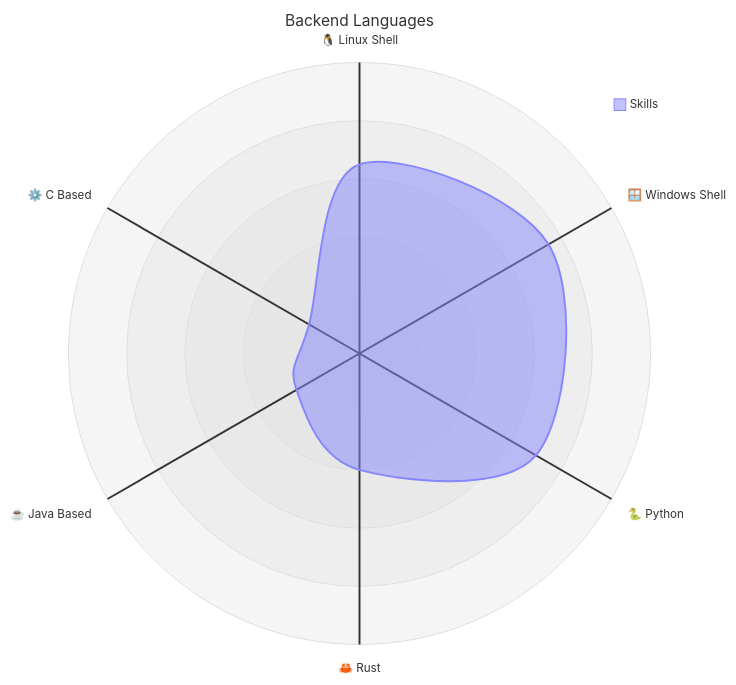
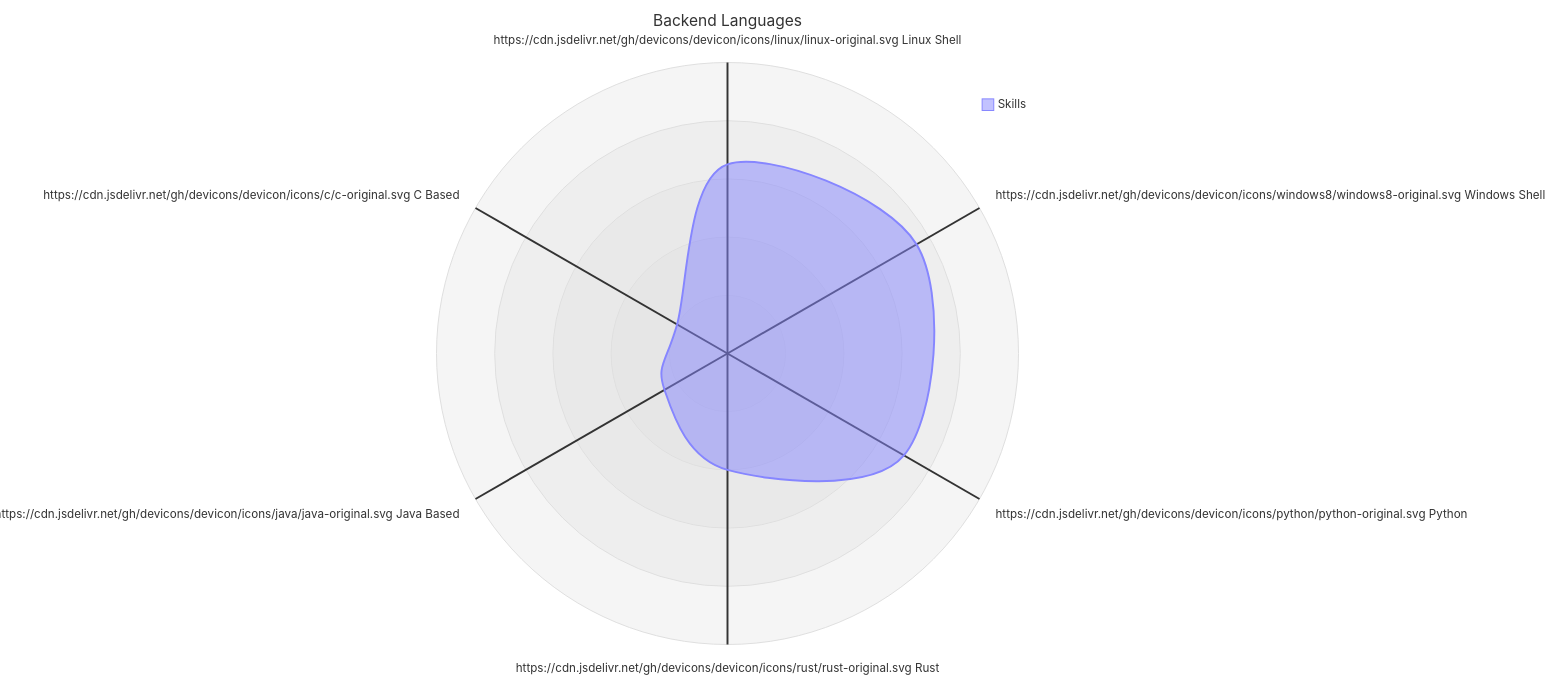
Before and after one commit to kubow/kubow: the second of 5 diagrams in README.md, drawn with Mermaid. The commit also changed other lines of this file, not shown here.

````diff
--- a/README.md
+++ b/README.md
@@ -74,10 +127,10 @@
 ```mermaid
 radar-beta
   title Backend Languages
-  axis LinuxShell["🐧 Linux Shell"], WindowsShell["🪟 Windows Shell"], Python["🐍 Python"], Rust["🦀 Rust"], JavaBased["☕ Java Based"], CBased["⚙️ C Based"]
-  curve Skills{65, 75, 70, 40, 25, 20}
+  axis LinuxShell["https://cdn.jsdelivr.net/gh/devicons/devicon/icons/linux/linux-original.svg Linux Shell"], WindowsShell["https://cdn.jsdelivr.net/gh/devicons/devicon/icons/windows8/windows8-original.svg Windows Shell"], Python["https://cdn.jsdelivr.net/gh/devicons/devicon/icons/python/python-original.svg Python"], Rust["https://cdn.jsdelivr.net/gh/devicons/devicon/icons/rust/rust-original.svg Rust"], JavaBased["https://cdn.jsdelivr.net/gh/devicons/devicon/icons/java/java-original.svg Java Based"], CBased["https://cdn.jsdelivr.net/gh/devicons/devicon/icons/c/c-original.svg C Based"]
+  curve Skills{ 65, 75, 70, 40, 25, 20 }
   max 100
   min 0
   graticule circle
   ticks 5
 ```
````
